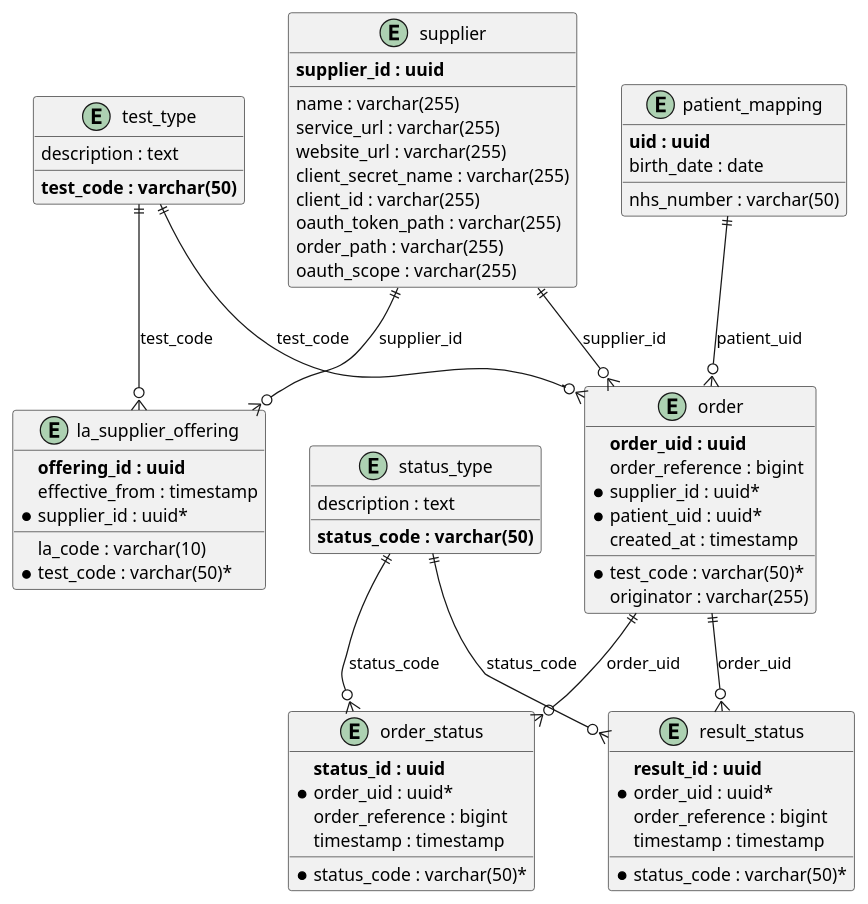
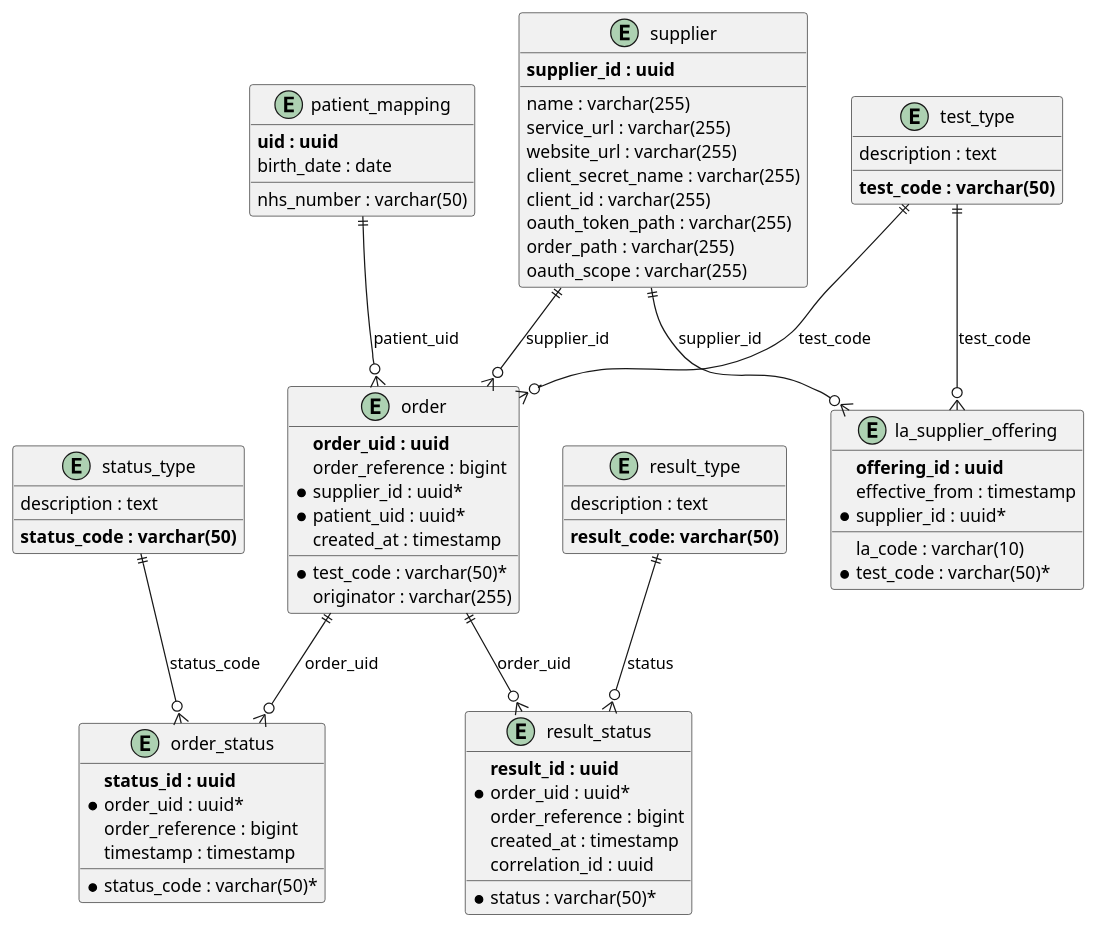
One commit to NHSDigital/hometest-service changed the diagram in database/schema_diagram.puml. Above: the diagram before and after it, drawn with PlantUML.

Commit message:
docs: update schema diagram

```diff
--- a/database/schema_diagram.puml
+++ b/database/schema_diagram.puml
@@ -1,78 +1,84 @@
 @startuml
 entity "patient_mapping" as patient {
   **uid : uuid**
   nhs_number : varchar(50)
   birth_date : date
 }
 
 entity "test_type" as test {
   **test_code : varchar(50)**
   description : text
 }
 
 entity "supplier" as supplier {
   **supplier_id : uuid**
   name : varchar(255)
   service_url : varchar(255)
   website_url : varchar(255)
   client_secret_name : varchar(255)
   client_id : varchar(255)
   oauth_token_path : varchar(255)
   order_path : varchar(255)
   oauth_scope : varchar(255)
 }
 
 entity "la_supplier_offering" as offering {
   **offering_id : uuid**
   la_code : varchar(10)
   effective_from : timestamp
   *supplier_id : uuid*
   *test_code : varchar(50)*
 }
 
 entity "order" as orders {
   **order_uid : uuid**
   order_reference : bigint
   *supplier_id : uuid*
   *patient_uid : uuid*
   *test_code : varchar(50)*
   originator : varchar(255)
   created_at : timestamp
 }
 
 entity "status_type" as status_type {
   **status_code : varchar(50)**
   description : text
 }
 
 entity "order_status" as order_status {
   **status_id : uuid**
   *order_uid : uuid*
   order_reference : bigint
   *status_code : varchar(50)*
   timestamp : timestamp
 }
 
+entity "result_type" as result_type {
+  **result_code: varchar(50)**
+  description : text
+}
+
 entity "result_status" as result_status {
   **result_id : uuid**
   *order_uid : uuid*
   order_reference : bigint
-  *status_code : varchar(50)*
-  timestamp : timestamp
+  *status : varchar(50)*
+  created_at : timestamp
+  correlation_id : uuid
 }
 
 ' Relationships
 patient ||--o{ orders : "patient_uid"
 supplier ||--o{ orders : "supplier_id"
 test ||--o{ orders : "test_code"
 
 supplier ||--o{ offering : "supplier_id"
 test ||--o{ offering : "test_code"
 
 orders ||--o{ order_status : "order_uid"
 orders ||--o{ result_status : "order_uid"
 
 status_type ||--o{ order_status : "status_code"
-status_type ||--o{ result_status : "status_code"
+result_type ||--o{ result_status : "status"
 
 @enduml
```
